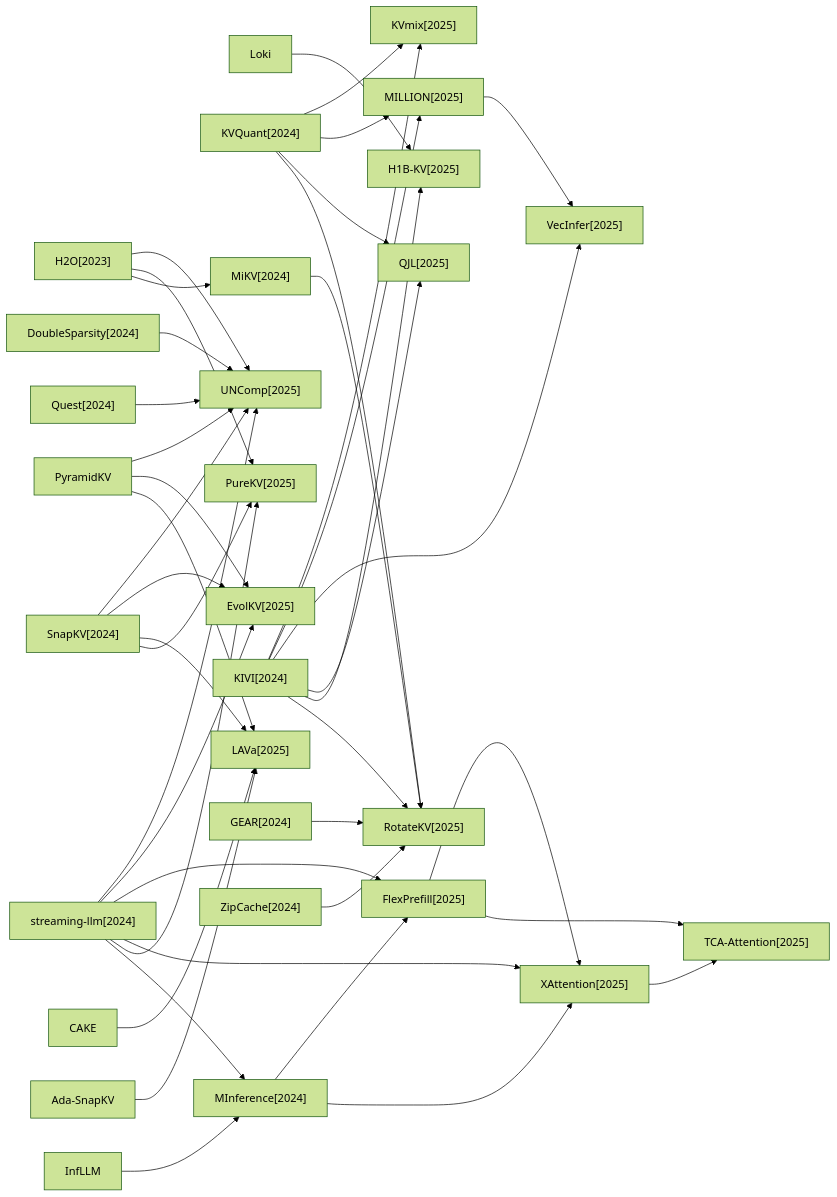
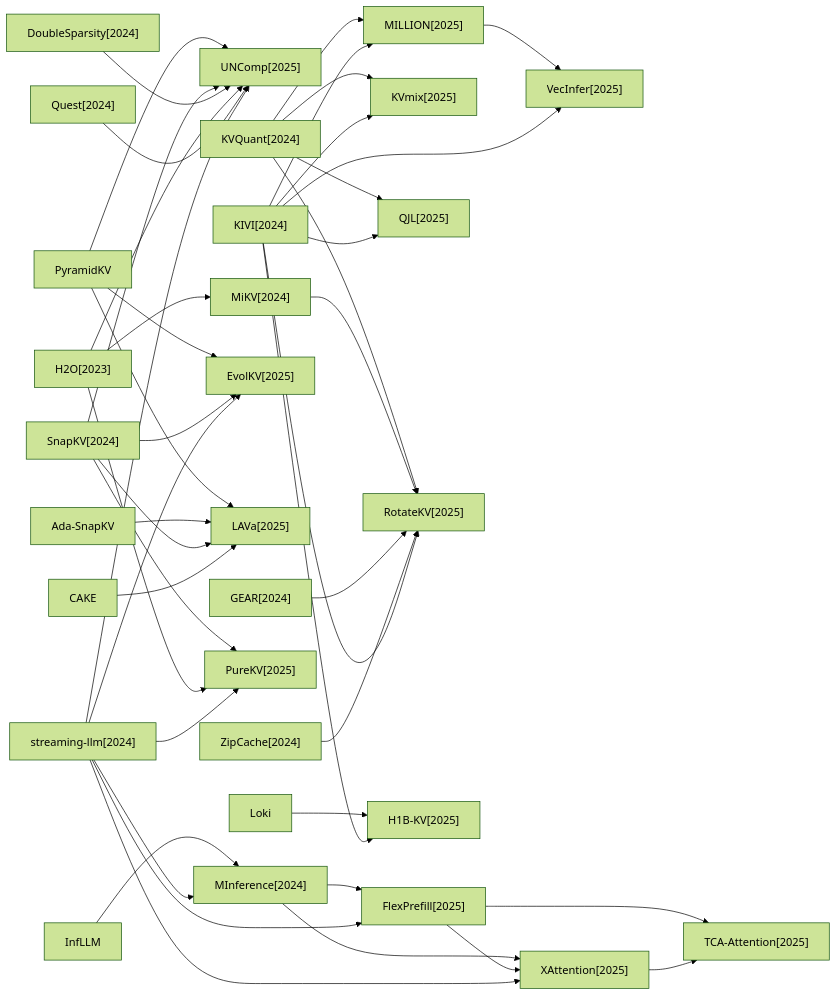
Before and after one commit to hustzxd/EfficientPaper: the fourth of 5 diagrams in docs/baseline_methods_graph.md, drawn with Mermaid (forest theme). The commit also changed other lines of this file and 1 other file, not shown here.

````diff
--- a/docs/baseline_methods_graph.md
+++ b/docs/baseline_methods_graph.md
@@ -62,73 +62,73 @@
 ```mermaid
 flowchart LR
+    2025_UNComp["UNComp[2025]"]
+    PyramidKV["PyramidKV"]
+    2024_KVQuant["KVQuant[2024]"]
+    2024_MiKV["MiKV[2024]"]
+    InfLLM["InfLLM"]
+    2024_GEAR["GEAR[2024]"]
+    Ada_SnapKV["Ada-SnapKV"]
+    2024_SnapKV["SnapKV[2024]"]
+    2025_MILLION["MILLION[2025]"]
+    2025_TCA_Attention["TCA-Attention[2025]"]
+    2024_DoubleSparsity["DoubleSparsity[2024]"]
+    2025_EvolKV["EvolKV[2025]"]
+    2023_H2O["H2O[2023]"]
+    2025_LAVa["LAVa[2025]"]
+    2025_KVmix["KVmix[2025]"]
+    2024_MInference["MInference[2024]"]
+    2025_PureKV["PureKV[2025]"]
+    2024_Quest["Quest[2024]"]
+    2025_FlexPrefill["FlexPrefill[2025]"]
+    CAKE["CAKE"]
     Loki["Loki"]
-    2024_KVQuant["KVQuant[2024]"]
-    2025_PureKV["PureKV[2025]"]
-    PyramidKV["PyramidKV"]
-    2025_KVmix["KVmix[2025]"]
-    2025_UNComp["UNComp[2025]"]
+    2024_streaming_llm["streaming-llm[2024]"]
+    2025_QJL["QJL[2025]"]
+    2025_RotateKV["RotateKV[2025]"]
     2025_VecInfer["VecInfer[2025]"]
-    2024_MiKV["MiKV[2024]"]
-    2024_DoubleSparsity["DoubleSparsity[2024]"]
-    2025_RotateKV["RotateKV[2025]"]
-    2025_MILLION["MILLION[2025]"]
-    2023_H2O["H2O[2023]"]
-    2024_Quest["Quest[2024]"]
-    2025_EvolKV["EvolKV[2025]"]
-    2025_TCA_Attention["TCA-Attention[2025]"]
+    2024_ZipCache["ZipCache[2024]"]
+    2025_H1B_KV["H1B-KV[2025]"]
     2024_KIVI["KIVI[2024]"]
-    2025_LAVa["LAVa[2025]"]
-    CAKE["CAKE"]
-    2024_GEAR["GEAR[2024]"]
-    InfLLM["InfLLM"]
-    2024_MInference["MInference[2024]"]
     2025_XAttention["XAttention[2025]"]
-    2024_ZipCache["ZipCache[2024]"]
-    2025_FlexPrefill["FlexPrefill[2025]"]
-    2025_H1B_KV["H1B-KV[2025]"]
-    2024_SnapKV["SnapKV[2024]"]
-    2025_QJL["QJL[2025]"]
-    Ada_SnapKV["Ada-SnapKV"]
-    2024_streaming_llm["streaming-llm[2024]"]
-    Loki --> 2025_H1B_KV
+    PyramidKV --> 2025_UNComp
+    PyramidKV --> 2025_EvolKV
+    PyramidKV --> 2025_LAVa
     2024_KVQuant --> 2025_KVmix
     2024_KVQuant --> 2025_MILLION
     2024_KVQuant --> 2025_QJL
     2024_KVQuant --> 2025_RotateKV
-    PyramidKV --> 2025_UNComp
-    PyramidKV --> 2025_EvolKV
-    PyramidKV --> 2025_LAVa
     2024_MiKV --> 2025_RotateKV
+    InfLLM --> 2024_MInference
+    2024_GEAR --> 2025_RotateKV
+    Ada_SnapKV --> 2025_LAVa
+    2024_SnapKV --> 2025_UNComp
+    2024_SnapKV --> 2025_EvolKV
+    2024_SnapKV --> 2025_LAVa
+    2024_SnapKV --> 2025_PureKV
+    2025_MILLION --> 2025_VecInfer
     2024_DoubleSparsity --> 2025_UNComp
-    2025_MILLION --> 2025_VecInfer
     2023_H2O --> 2025_UNComp
     2023_H2O --> 2025_PureKV
     2023_H2O --> 2024_MiKV
+    2024_MInference --> 2025_FlexPrefill
+    2024_MInference --> 2025_XAttention
     2024_Quest --> 2025_UNComp
+    2025_FlexPrefill --> 2025_XAttention
+    2025_FlexPrefill --> 2025_TCA_Attention
+    CAKE --> 2025_LAVa
+    Loki --> 2025_H1B_KV
+    2024_streaming_llm --> 2025_UNComp
+    2024_streaming_llm --> 2025_EvolKV
+    2024_streaming_llm --> 2025_FlexPrefill
+    2024_streaming_llm --> 2025_XAttention
+    2024_streaming_llm --> 2025_PureKV
+    2024_streaming_llm --> 2024_MInference
+    2024_ZipCache --> 2025_RotateKV
     2024_KIVI --> 2025_KVmix
     2024_KIVI --> 2025_MILLION
     2024_KIVI --> 2025_VecInfer
     2024_KIVI --> 2025_QJL
     2024_KIVI --> 2025_H1B_KV
     2024_KIVI --> 2025_RotateKV
-    CAKE --> 2025_LAVa
-    2024_GEAR --> 2025_RotateKV
-    InfLLM --> 2024_MInference
-    2024_MInference --> 2025_FlexPrefill
-    2024_MInference --> 2025_XAttention
     2025_XAttention --> 2025_TCA_Attention
-    2024_ZipCache --> 2025_RotateKV
-    2025_FlexPrefill --> 2025_XAttention
-    2025_FlexPrefill --> 2025_TCA_Attention
-    2024_SnapKV --> 2025_UNComp
-    2024_SnapKV --> 2025_EvolKV
-    2024_SnapKV --> 2025_LAVa
-    2024_SnapKV --> 2025_PureKV
-    Ada_SnapKV --> 2025_LAVa
-    2024_streaming_llm --> 2025_UNComp
-    2024_streaming_llm --> 2025_EvolKV
-    2024_streaming_llm --> 2025_FlexPrefill
-    2024_streaming_llm --> 2025_XAttention
-    2024_streaming_llm --> 2025_PureKV
-    2024_streaming_llm --> 2024_MInference
 ```
````
